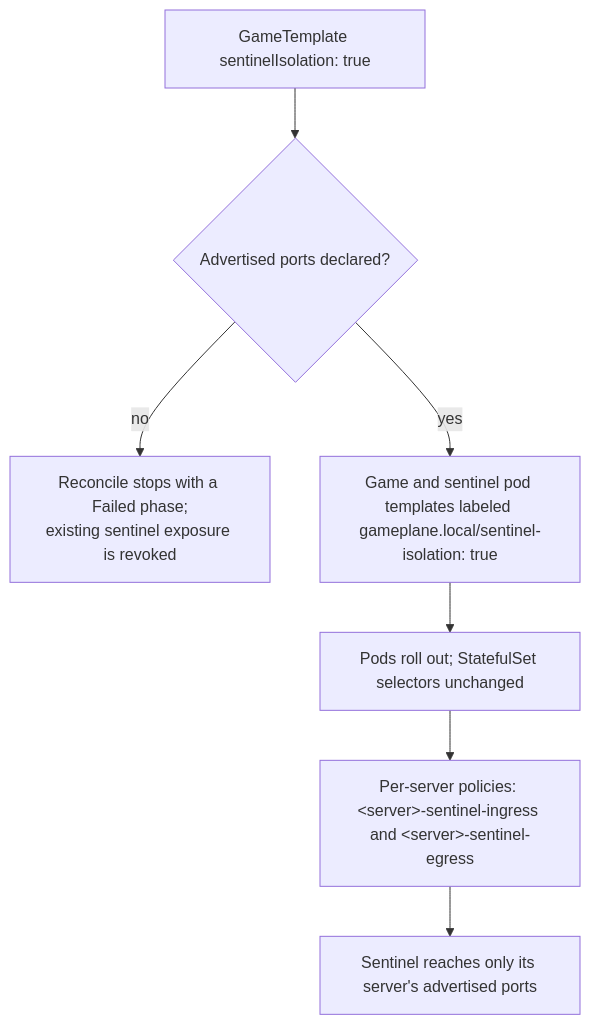
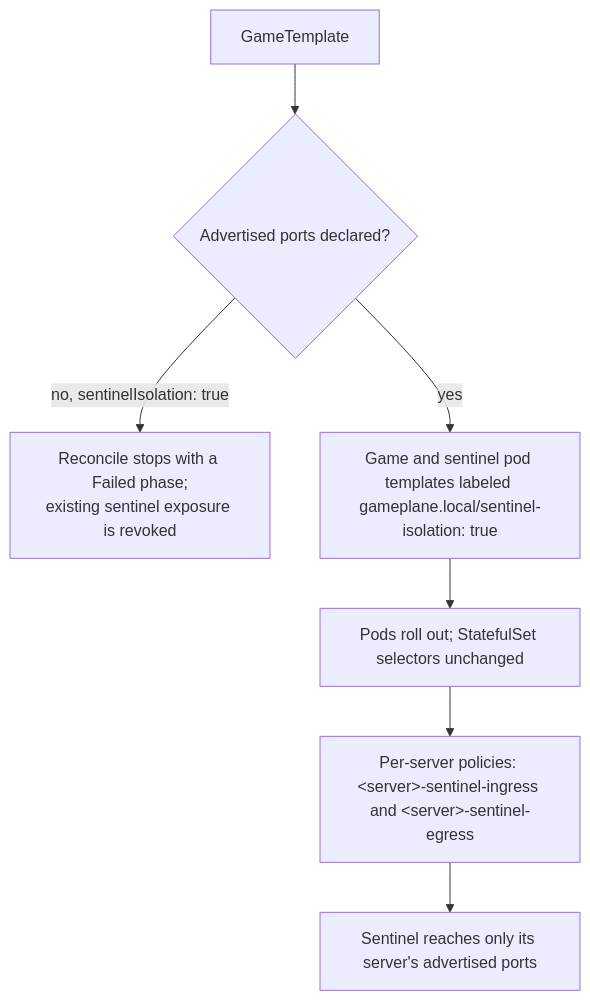
Before and after one commit to GameplanePanel/Gameplane: the first of 2 diagrams in docs/networking.md, drawn with Mermaid. The commit also changed other lines of this file and 30 other files, not shown here.

````diff
--- a/docs/networking.md
+++ b/docs/networking.md
@@ -22,9 +29,9 @@
 ```mermaid
 flowchart TD
-    T["GameTemplate sentinelIsolation: true"] --> P{"Advertised ports declared?"}
-    P -- no --> N["Reconcile stops with a Failed phase;<br/>existing sentinel exposure is revoked"]
+    T["GameTemplate"] --> P{"Advertised ports declared?"}
+    P -- "no, sentinelIsolation: true" --> N["Reconcile stops with a Failed phase;<br/>existing sentinel exposure is revoked"]
     P -- yes --> L["Game and sentinel pod templates labeled gameplane.local/sentinel-isolation: true"]
     L --> R["Pods roll out; StatefulSet selectors unchanged"]
     R --> Y["Per-server policies: &lt;server&gt;-sentinel-ingress and &lt;server&gt;-sentinel-egress"]
     Y --> Z["Sentinel reaches only its server's advertised ports"]
 ```
````
